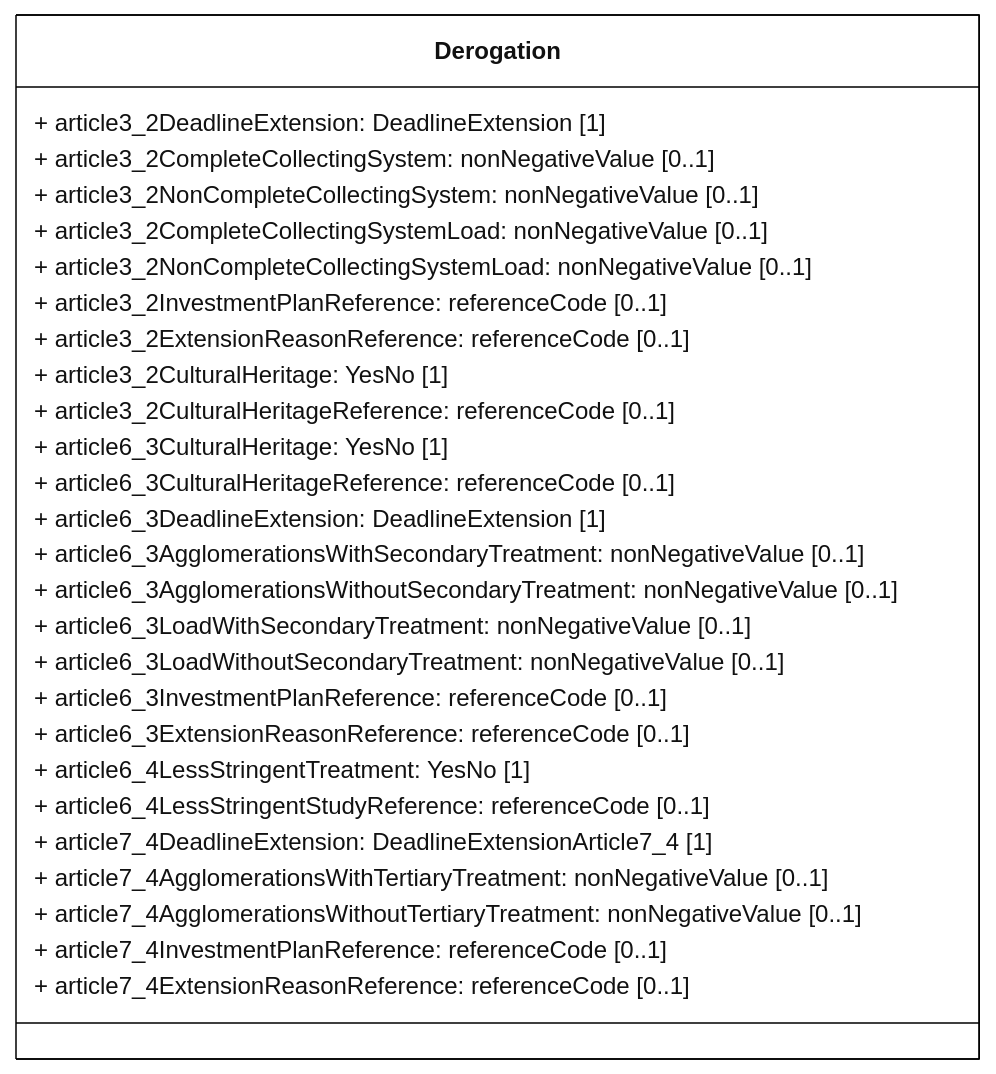
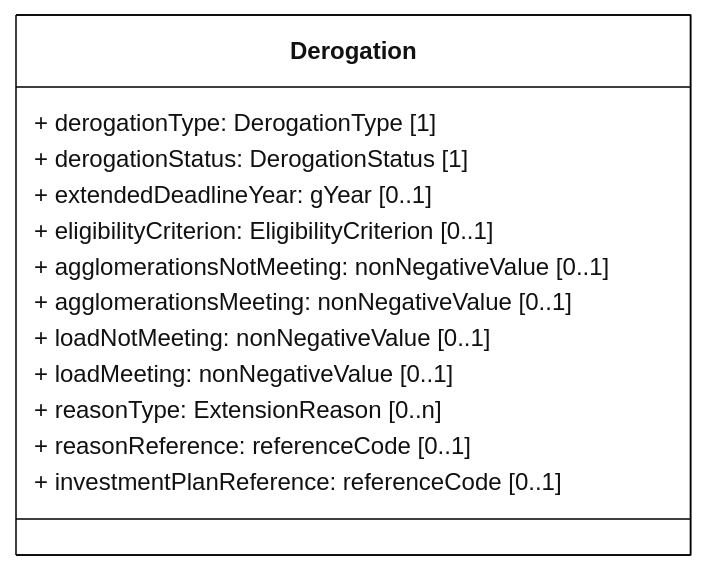
Before and after one commit to eeadata/WISE.UWWTD.Documentation: the diagram in docs/rUWWTD2024/Article23/mmd/Article23_Derogation_ClassDiagram.mmd, drawn with Mermaid. The commit also changed 22 other files, not shown here.

```diff
--- a/docs/rUWWTD2024/Article23/mmd/Article23_Derogation_ClassDiagram.mmd
+++ b/docs/rUWWTD2024/Article23/mmd/Article23_Derogation_ClassDiagram.mmd
@@ -1,44 +1,26 @@
 ---
 config:
   class:
     hideEmptyMembersBox: true
   layout: dagre
   theme: neutral
 ---
 classDiagram
 direction LR
 
 class Derogation{
-    + article3_2DeadlineExtension: DeadlineExtension [1]
-    + article3_2CompleteCollectingSystem: nonNegativeValue [0..1]
-    + article3_2NonCompleteCollectingSystem: nonNegativeValue [0..1]
-    + article3_2CompleteCollectingSystemLoad: nonNegativeValue [0..1]
-    + article3_2NonCompleteCollectingSystemLoad: nonNegativeValue [0..1]
-    + article3_2InvestmentPlanReference: referenceCode [0..1]
-    + article3_2ExtensionReasonReference: referenceCode [0..1]
-
-    + article3_2CulturalHeritage: YesNo [1]
-    + article3_2CulturalHeritageReference: referenceCode [0..1]
-    + article6_3CulturalHeritage: YesNo [1]
-    + article6_3CulturalHeritageReference: referenceCode [0..1]
-
-    + article6_3DeadlineExtension: DeadlineExtension [1]
-    + article6_3AgglomerationsWithSecondaryTreatment: nonNegativeValue [0..1]
-    + article6_3AgglomerationsWithoutSecondaryTreatment: nonNegativeValue [0..1]
-    + article6_3LoadWithSecondaryTreatment: nonNegativeValue [0..1]
-    + article6_3LoadWithoutSecondaryTreatment: nonNegativeValue [0..1]
-    + article6_3InvestmentPlanReference: referenceCode [0..1]
-    + article6_3ExtensionReasonReference: referenceCode [0..1]
-
-    + article6_4LessStringentTreatment: YesNo [1]
-    + article6_4LessStringentStudyReference: referenceCode [0..1]
-
-    + article7_4DeadlineExtension: DeadlineExtensionArticle7_4 [1]
-    + article7_4AgglomerationsWithTertiaryTreatment: nonNegativeValue [0..1]
-    + article7_4AgglomerationsWithoutTertiaryTreatment: nonNegativeValue [0..1]
-    + article7_4InvestmentPlanReference: referenceCode [0..1]
-    + article7_4ExtensionReasonReference: referenceCode [0..1]
+    + derogationType: DerogationType [1]
+    + derogationStatus: DerogationStatus [1]
+    + extendedDeadlineYear: gYear [0..1]
+    + eligibilityCriterion: EligibilityCriterion [0..1]
+    + agglomerationsNotMeeting: nonNegativeValue [0..1]
+    + agglomerationsMeeting: nonNegativeValue [0..1]
+    + loadNotMeeting: nonNegativeValue [0..1]
+    + loadMeeting: nonNegativeValue [0..1]
+    + reasonType: ExtensionReason [0..n]
+    + reasonReference: referenceCode [0..1]
+    + investmentPlanReference: referenceCode [0..1]
 }
 
 classDef default fill:white,stroke:#000;
 classDef forFixing fill:white,stroke:#f00;
```
